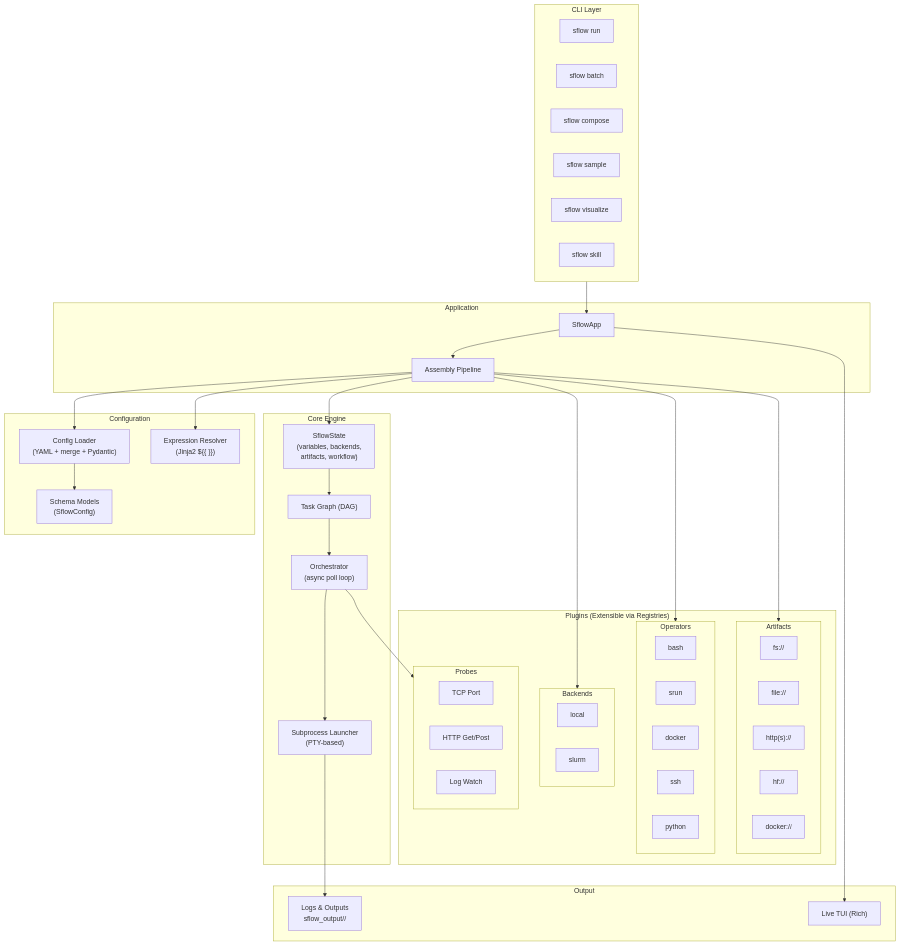
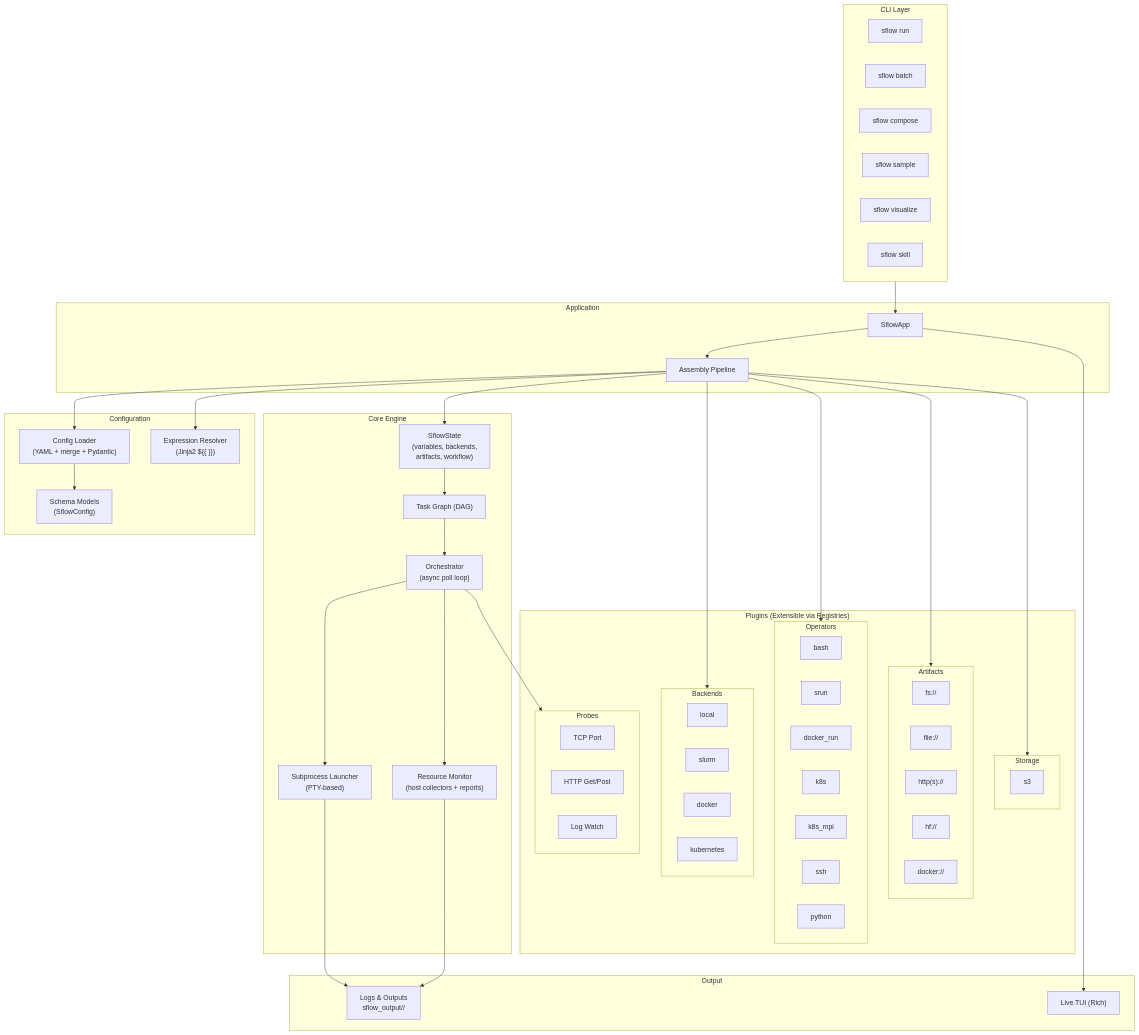
One commit to NVIDIA/nv-sflow changed the first of 4 diagrams in docs/user/architecture.md. Above: the diagram before and after it, drawn with Mermaid. The commit also changed other lines of this file and 476 other files, not shown here.

````diff
--- a/docs/user/architecture.md
+++ b/docs/user/architecture.md
@@ -31,11 +31,15 @@
     subgraph Backends
       local_be["local"]
       slurm_be["slurm"]
+      docker_be["docker"]
+      k8s_be["kubernetes"]
     end
     subgraph Operators
       bash_op["bash"]
       srun_op["srun"]
-      docker_op["docker"]
+      docker_op["docker_run"]
+      k8s_op["k8s"]
+      k8s_mpi_op["k8s_mpi"]
       ssh_op["ssh"]
       python_op["python"]
     end
@@ -51,6 +55,9 @@
       hf_art["hf://"]
       docker_art["docker://"]
     end
+    subgraph Storage
+      s3_st["s3"]
+    end
   end
 
   subgraph Core["Core Engine"]
@@ -58,6 +65,7 @@
     taskgraph["Task Graph (DAG)"]
     orchestrator["Orchestrator\n(async poll loop)"]
     launcher["Subprocess Launcher\n(PTY-based)"]
+    monitor["Resource Monitor\n(host collectors + reports)"]
   end
 
   subgraph Output["Output"]
@@ -73,11 +81,14 @@
   assembly --> Backends
   assembly --> Operators
   assembly --> Artifacts
+  assembly --> Storage
   assembly --> state
   state --> taskgraph
   taskgraph --> orchestrator
   orchestrator --> launcher
   orchestrator --> Probes
+  orchestrator --> monitor
   launcher --> logs
+  monitor --> logs
   sflowapp --> tui
 ```
````
